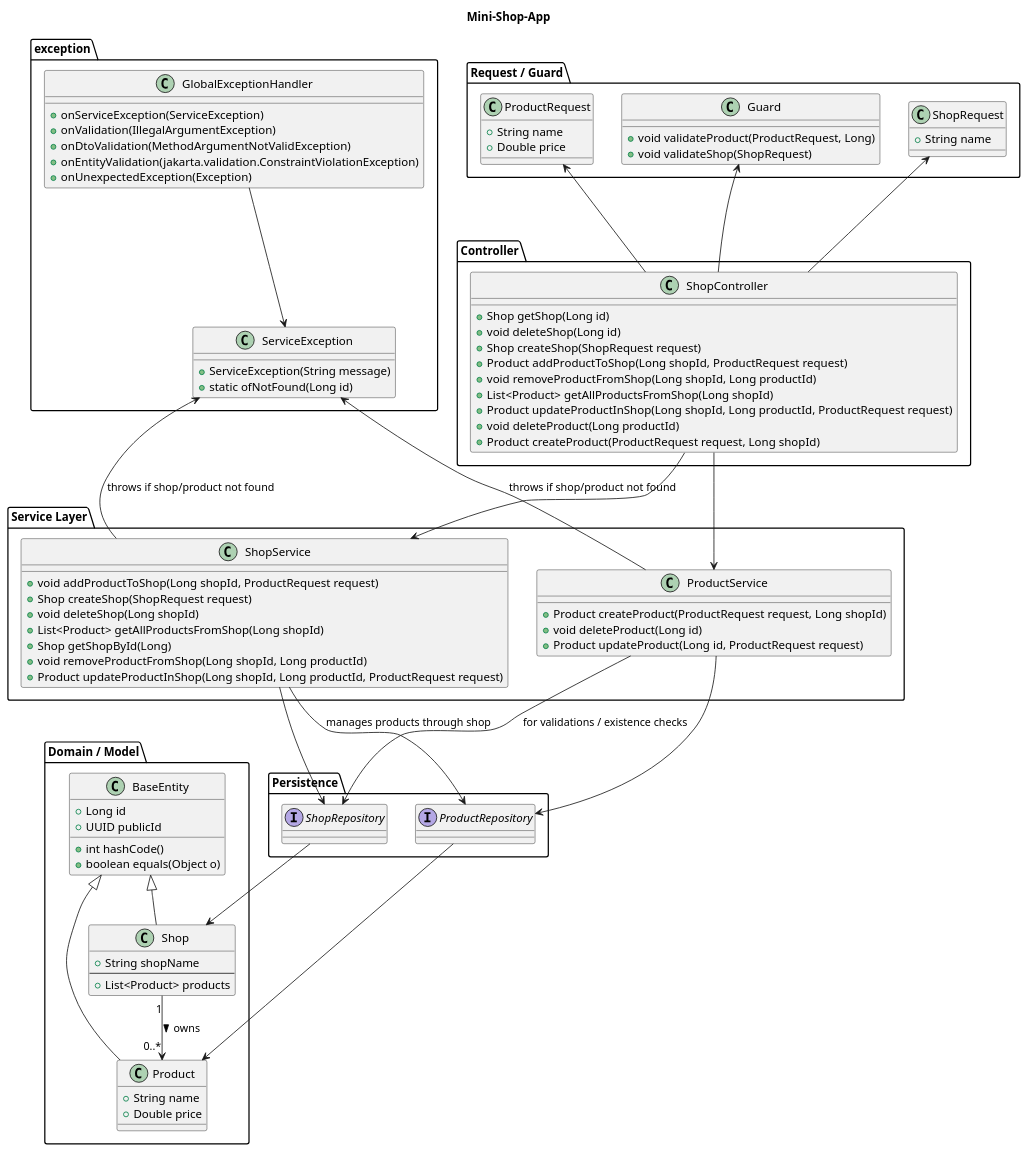
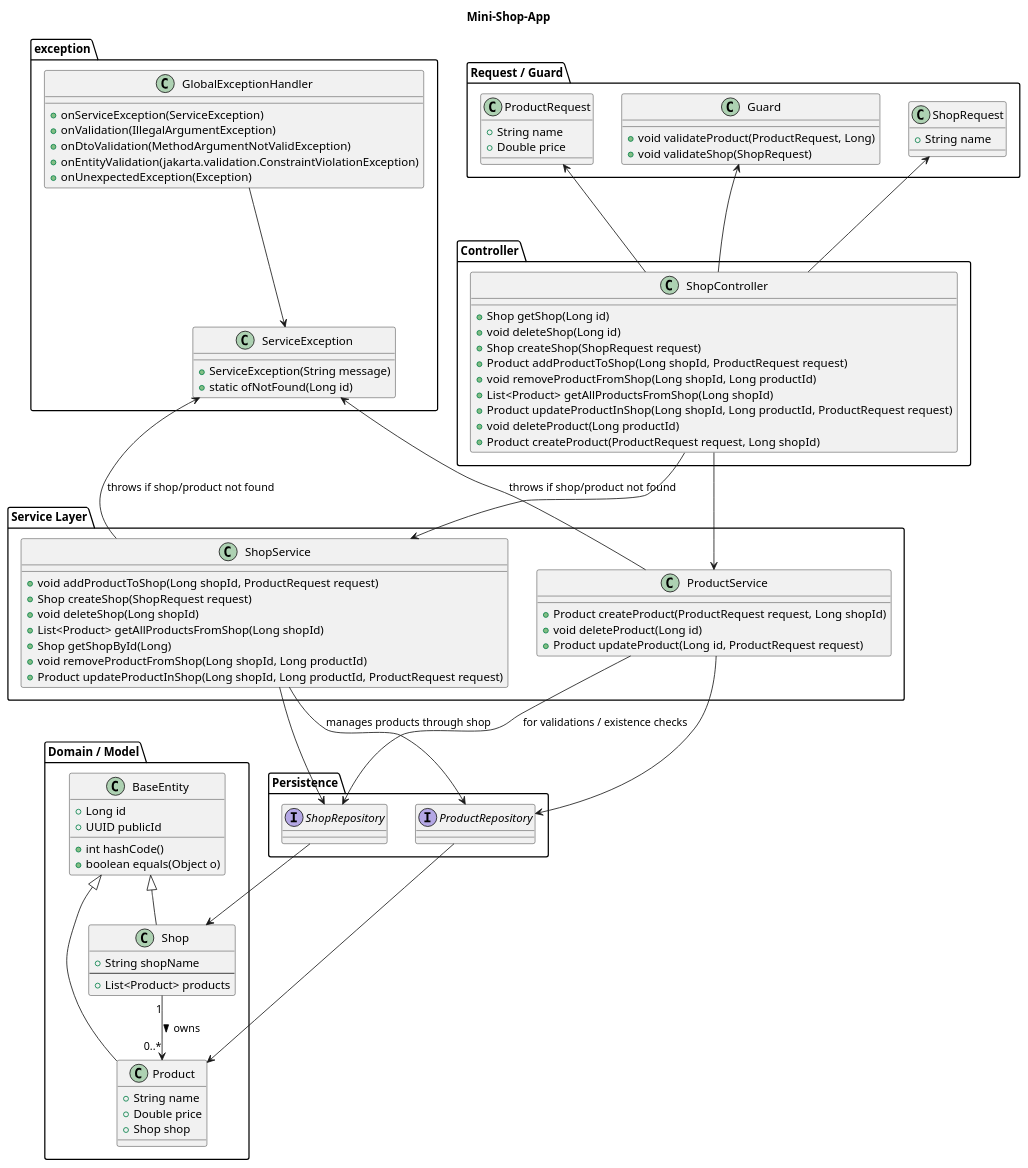
Before and after one commit to Gabriel-Dvorak/MiniShopApp: the diagram in Klassen-Diagramm.puml, drawn with PlantUML. The commit also changed 10 other files, not shown here.

```diff
--- a/Klassen-Diagramm.puml
+++ b/Klassen-Diagramm.puml
@@ -1,125 +1,126 @@
 @startuml
 title Mini-Shop-App
 
 package "Domain / Model" {
     class BaseEntity {
         +Long id
         +UUID publicId
         +int hashCode()
         +boolean equals(Object o)
     }
 
 
     class Shop {
         +String shopName
         --
         +List<Product> products
     }
 
     class Product {
         +String name
         +Double price
+        +Shop shop
     }
 
     BaseEntity <|-- Shop
     BaseEntity <|-- Product
 
     Shop "1" --> "0..*" Product : owns >
 }
 
 package "Persistence" {
     interface ShopRepository
     interface ProductRepository
 
     ShopRepository --> Shop
     ProductRepository --> Product
 }
 
 package "Service Layer" {
     class ShopService {
         +void addProductToShop(Long shopId, ProductRequest request)
         +Shop createShop(ShopRequest request)
         +void deleteShop(Long shopId)
         +List<Product> getAllProductsFromShop(Long shopId)
         +Shop getShopById(Long)
         +void removeProductFromShop(Long shopId, Long productId)
         +Product updateProductInShop(Long shopId, Long productId, ProductRequest request)
     }
 
     class ProductService {
         +Product createProduct(ProductRequest request, Long shopId)
         +void deleteProduct(Long id)
         +Product updateProduct(Long id, ProductRequest request)
     }
 
     ShopService --> ShopRepository
     ShopService --> ProductRepository : manages products through shop
     ProductService --> ProductRepository
     ProductService --> ShopRepository : for validations / existence checks
 
 }
 
 package "exception" {
     class ServiceException {
         +ServiceException(String message)
         +static ofNotFound(Long id)
     }
 
     class GlobalExceptionHandler {
         +onServiceException(ServiceException)
         +onValidation(IllegalArgumentException)
         +onDtoValidation(MethodArgumentNotValidException)
         +onEntityValidation(jakarta.validation.ConstraintViolationException)
         +onUnexpectedException(Exception)
     }
 
     ProductService --> ServiceException : throws if shop/product not found
     ShopService --> ServiceException : throws if shop/product not found
     GlobalExceptionHandler --> ServiceException
 }
 
 package "Controller" {
     class ShopController {
         +Shop getShop(Long id)
         +void deleteShop(Long id)
         +Shop createShop(ShopRequest request)
         +Product addProductToShop(Long shopId, ProductRequest request)
         +void removeProductFromShop(Long shopId, Long productId)
         +List<Product> getAllProductsFromShop(Long shopId)
         +Product updateProductInShop(Long shopId, Long productId, ProductRequest request)
         +void deleteProduct(Long productId)
         +Product createProduct(ProductRequest request, Long shopId)
     }
 
     ShopController --> ShopService
     ShopController --> ProductService
 }
 
 
 
 package "Request / Guard" {
     class ShopRequest {
         +String name
     }
 
     class ProductRequest {
         +String name
         +Double price
     }
 
     class Guard {
         +void validateProduct(ProductRequest, Long)
         +void validateShop(ShopRequest)
     }
 
     ShopRequest <-- ShopController
     Guard <-- ShopController
     ProductRequest <-- ShopController
 }
 
 ShopController -[hidden]-> Guard : <<hidden>>
 ServiceException -[hidden]-> ShopController : <<hidden>>
 ServiceException -[hidden]-> ShopService : <<hidden>>
 
 
 @enduml
```
